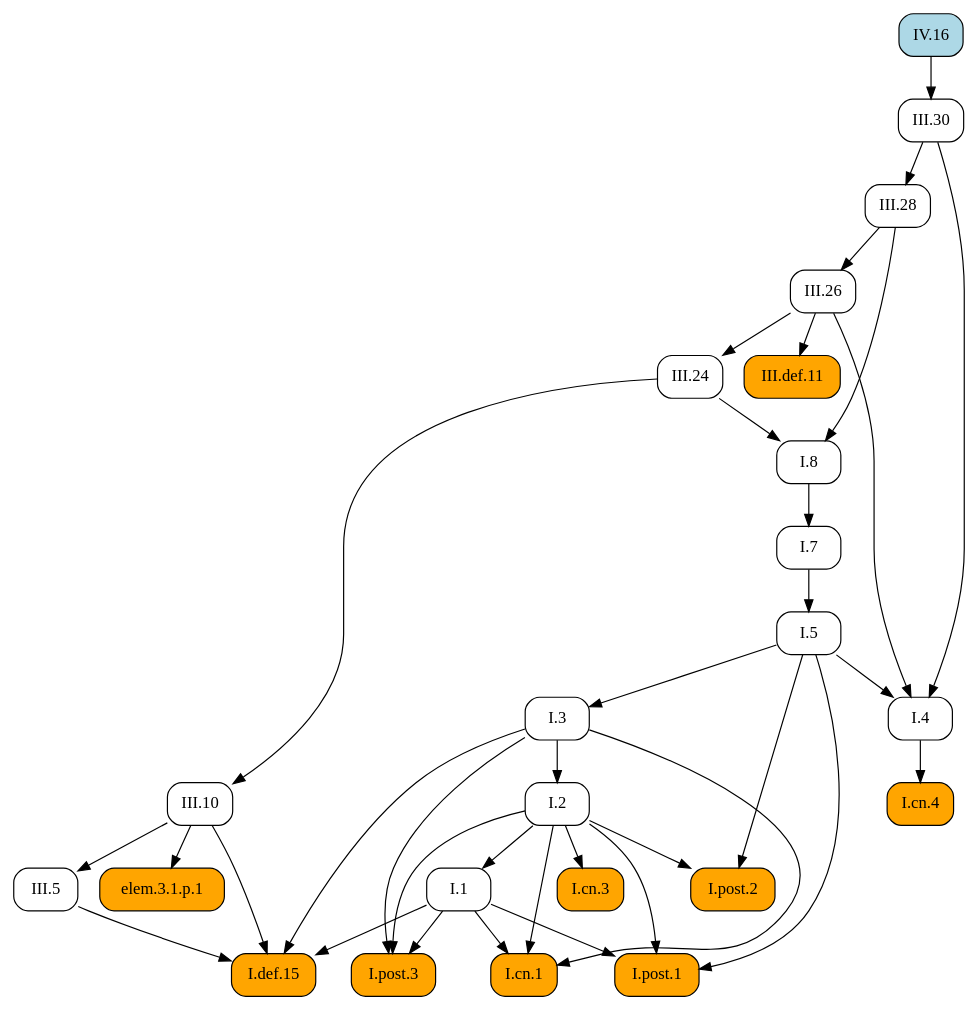
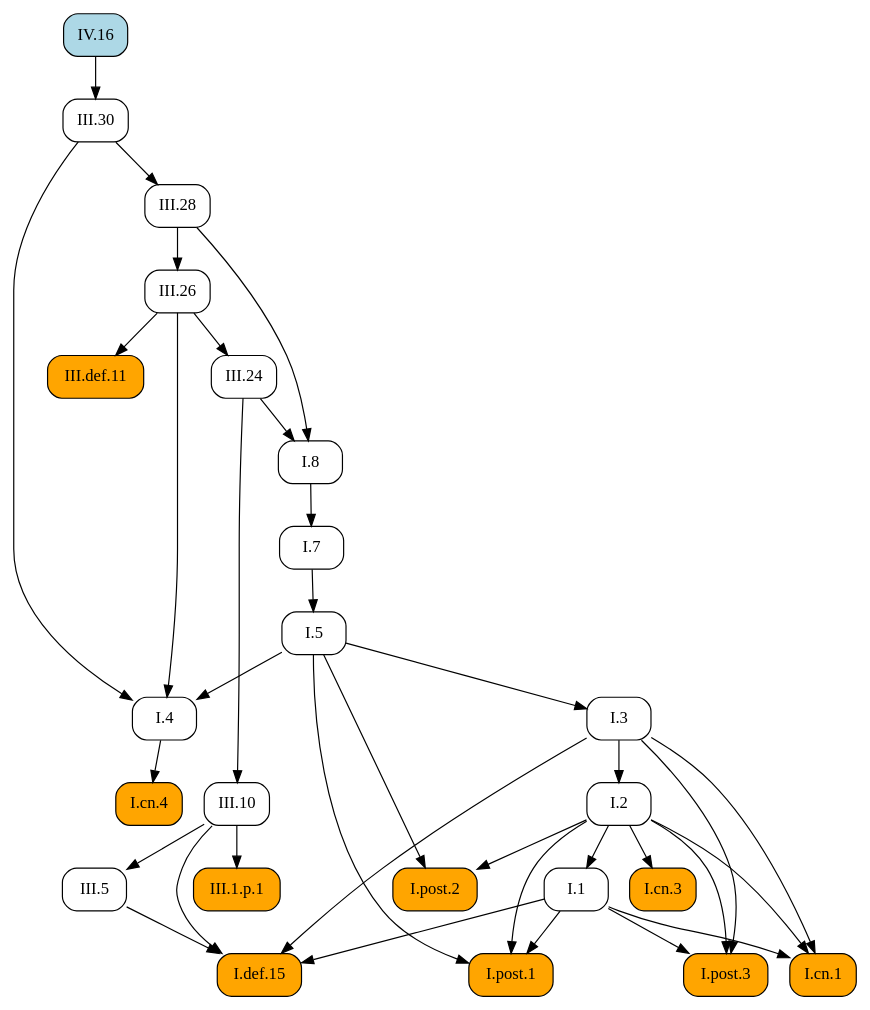
The diagram in docsrc/heath/IV/16/index.rst (geometor/elements), drawn with Graphviz before and after one commit. The commit also changed 484 other files, not shown here.

```diff
--- a/docsrc/heath/IV/16/index.rst
+++ b/docsrc/heath/IV/16/index.rst
@@ -43,64 +43,64 @@
 .. graphviz::
 
    digraph {
      rankdir="TB";
      node [shape=box, style=rounded];
+     "III.28" [URL="/heath/III/28/", target="_top"];
+     "I.cn.1" [style="rounded,filled", fillcolor=orange, URL="/heath/I/cn.1/", target="_top"];
+     "I.7" [URL="/heath/I/7/", target="_top"];
+     "III.24" [URL="/heath/III/24/", target="_top"];
+     "I.2" [URL="/heath/I/2/", target="_top"];
+     "I.def.15" [style="rounded,filled", fillcolor=orange, URL="/heath/I/def.15/", target="_top"];
+     "III.26" [URL="/heath/III/26/", target="_top"];
+     "I.4" [URL="/heath/I/4/", target="_top"];
      "I.1" [URL="/heath/I/1/", target="_top"];
-     "I.7" [URL="/heath/I/7/", target="_top"];
+     "III.def.11" [style="rounded,filled", fillcolor=orange, URL="/heath/III/def.11/", target="_top"];
+     "I.post.1" [style="rounded,filled", fillcolor=orange, URL="/heath/I/post.1/", target="_top"];
+     "I.post.3" [style="rounded,filled", fillcolor=orange, URL="/heath/I/post.3/", target="_top"];
+     "I.5" [URL="/heath/I/5/", target="_top"];
+     "I.8" [URL="/heath/I/8/", target="_top"];
+     "I.cn.3" [style="rounded,filled", fillcolor=orange, URL="/heath/I/cn.3/", target="_top"];
+     "III.10" [URL="/heath/III/10/", target="_top"];
+     "III.1.p.1" [style="rounded,filled", fillcolor=orange];
+     "IV.16" [style="rounded,filled", fillcolor=lightblue, URL="/heath/IV/16/", target="_top"];
+     "I.cn.4" [style="rounded,filled", fillcolor=orange, URL="/heath/I/cn.4/", target="_top"];
+     "I.post.2" [style="rounded,filled", fillcolor=orange, URL="/heath/I/post.2/", target="_top"];
+     "III.30" [URL="/heath/III/30/", target="_top"];
      "I.3" [URL="/heath/I/3/", target="_top"];
-     "III.26" [URL="/heath/III/26/", target="_top"];
-     "I.2" [URL="/heath/I/2/", target="_top"];
-     "I.4" [URL="/heath/I/4/", target="_top"];
-     "elem.3.1.p.1" [style="rounded,filled", fillcolor=orange];
-     "I.post.2" [style="rounded,filled", fillcolor=orange, URL="/heath/I/post.2/", target="_top"];
-     "III.def.11" [style="rounded,filled", fillcolor=orange, URL="/heath/III/def.11/", target="_top"];
-     "I.def.15" [style="rounded,filled", fillcolor=orange, URL="/heath/I/def.15/", target="_top"];
-     "III.10" [URL="/heath/III/10/", target="_top"];
-     "IV.16" [style="rounded,filled", fillcolor=lightblue, URL="/heath/IV/16/", target="_top"];
-     "I.post.3" [style="rounded,filled", fillcolor=orange, URL="/heath/I/post.3/", target="_top"];
-     "I.cn.1" [style="rounded,filled", fillcolor=orange, URL="/heath/I/cn.1/", target="_top"];
-     "I.cn.3" [style="rounded,filled", fillcolor=orange, URL="/heath/I/cn.3/", target="_top"];
-     "I.8" [URL="/heath/I/8/", target="_top"];
-     "I.cn.4" [style="rounded,filled", fillcolor=orange, URL="/heath/I/cn.4/", target="_top"];
-     "III.30" [URL="/heath/III/30/", target="_top"];
-     "III.28" [URL="/heath/III/28/", target="_top"];
-     "I.post.1" [style="rounded,filled", fillcolor=orange, URL="/heath/I/post.1/", target="_top"];
-     "III.24" [URL="/heath/III/24/", target="_top"];
-     "I.5" [URL="/heath/I/5/", target="_top"];
      "III.5" [URL="/heath/III/5/", target="_top"];
-     "I.2" -> "I.1";
+     "III.30" -> "III.28";
+     "I.1" -> "I.cn.1";
+     "I.2" -> "I.cn.1";
+     "I.3" -> "I.cn.1";
      "I.8" -> "I.7";
-     "I.5" -> "I.3";
-     "III.28" -> "III.26";
+     "III.26" -> "III.24";
      "I.3" -> "I.2";
-     "I.5" -> "I.4";
-     "III.26" -> "I.4";
-     "III.30" -> "I.4";
-     "III.10" -> "elem.3.1.p.1";
-     "I.2" -> "I.post.2";
-     "I.5" -> "I.post.2";
-     "III.26" -> "III.def.11";
      "I.1" -> "I.def.15";
      "I.3" -> "I.def.15";
      "III.5" -> "I.def.15";
      "III.10" -> "I.def.15";
-     "III.24" -> "III.10";
+     "III.28" -> "III.26";
+     "I.5" -> "I.4";
+     "III.26" -> "I.4";
+     "III.30" -> "I.4";
+     "I.2" -> "I.1";
+     "III.26" -> "III.def.11";
+     "I.1" -> "I.post.1";
+     "I.2" -> "I.post.1";
+     "I.5" -> "I.post.1";
      "I.1" -> "I.post.3";
      "I.2" -> "I.post.3";
      "I.3" -> "I.post.3";
-     "I.1" -> "I.cn.1";
-     "I.2" -> "I.cn.1";
-     "I.3" -> "I.cn.1";
-     "I.2" -> "I.cn.3";
+     "I.7" -> "I.5";
      "III.24" -> "I.8";
      "III.28" -> "I.8";
+     "I.2" -> "I.cn.3";
+     "III.24" -> "III.10";
+     "III.10" -> "III.1.p.1";
      "I.4" -> "I.cn.4";
+     "I.2" -> "I.post.2";
+     "I.5" -> "I.post.2";
      "IV.16" -> "III.30";
-     "III.30" -> "III.28";
-     "I.1" -> "I.post.1";
-     "I.2" -> "I.post.1";
-     "I.5" -> "I.post.1";
-     "III.26" -> "III.24";
-     "I.7" -> "I.5";
+     "I.5" -> "I.3";
      "III.10" -> "III.5";
    }
```
